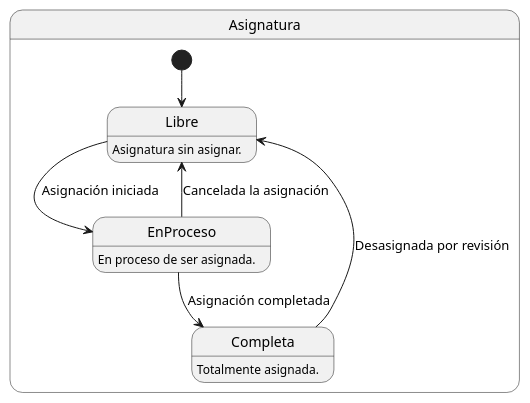
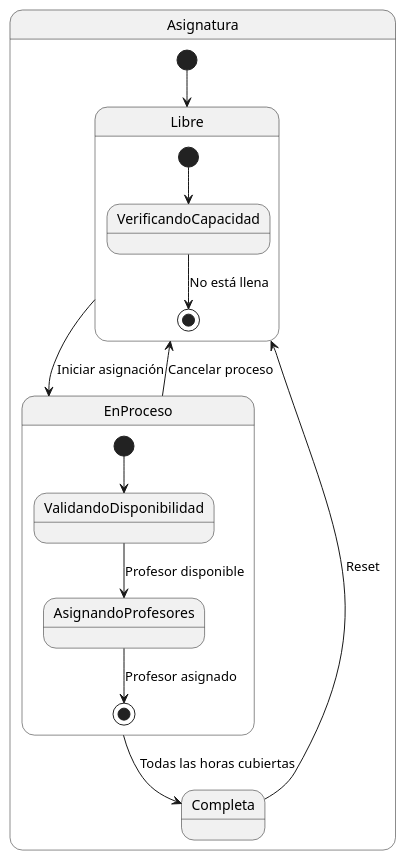
The diagram in modelosUML/MdD/DiagramaEstadosAsignatura.puml (mmasias/24-25-IdSw1-SDR), drawn with PlantUML before and after one commit. The commit also changed 8 other files, not shown here.

Commit message:
Actualizar diagramas de estados y casos de uso en la documentación

```diff
--- a/modelosUML/MdD/DiagramaEstadosAsignatura.puml
+++ b/modelosUML/MdD/DiagramaEstadosAsignatura.puml
@@ -1,15 +1,21 @@
 @startuml
-state "Asignatura" as Asignatura {
+state Asignatura {
     [*] --> Libre
-    Libre : Asignatura sin asignar.
 
-    Libre --> EnProceso : Asignación iniciada
-    EnProceso : En proceso de ser asignada.
+    state Libre {
+        [*] --> VerificandoCapacidad
+        VerificandoCapacidad --> [*]: No está llena
+    }
 
-    EnProceso --> Completa : Asignación completada
-    Completa : Totalmente asignada.
+    state EnProceso {
+        [*] --> ValidandoDisponibilidad
+        ValidandoDisponibilidad --> AsignandoProfesores: Profesor disponible
+        AsignandoProfesores --> [*]: Profesor asignado
+    }
 
-    Completa --> Libre : Desasignada por revisión
-    EnProceso --> Libre : Cancelada la asignación
+    Libre --> EnProceso: Iniciar asignación
+    EnProceso --> Completa: Todas las horas cubiertas
+    Completa --> Libre: Reset
+    EnProceso --> Libre: Cancelar proceso
 }
 @enduml
```
